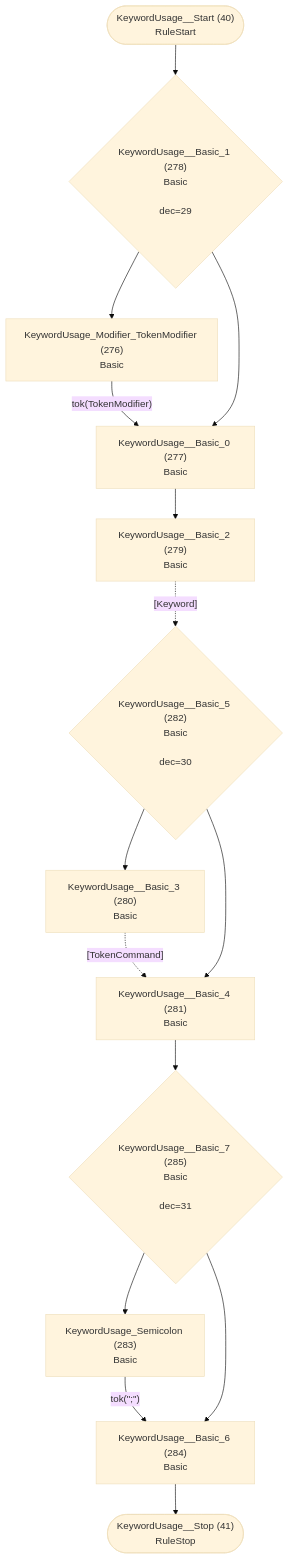
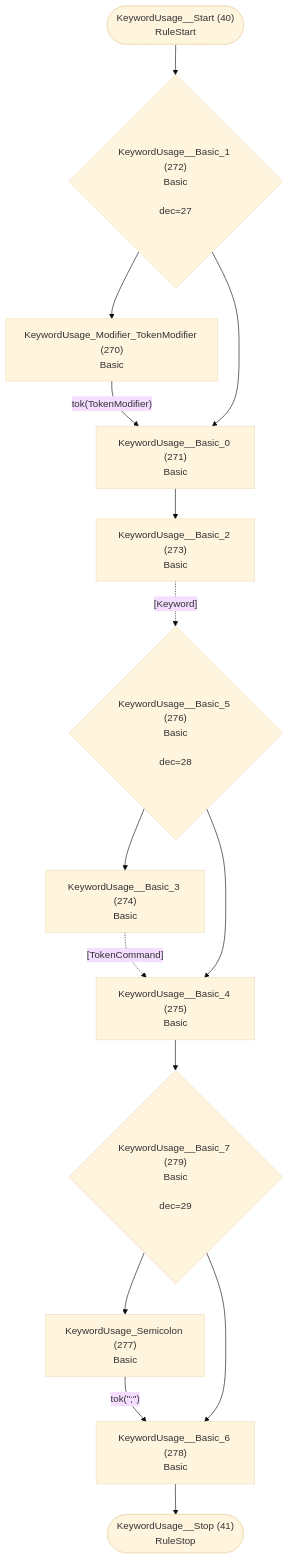
Diagram 21 of 40 in internal/grammar/atn.md (TypeFox/fastbelt), drawn with Mermaid (base theme) before and after one commit. The commit also changed other lines of this file and 12 other files, not shown here.

Commit message:
Removed modifier and command from token group

````diff
--- a/internal/grammar/atn.md
+++ b/internal/grammar/atn.md
@@ -639,30 +625,30 @@
 ```mermaid
 flowchart TD
     q40(["KeywordUsage__Start (40)<br/>RuleStart"])
     q41(["KeywordUsage__Stop (41)<br/>RuleStop"])
-    q276["KeywordUsage_Modifier_TokenModifier (276)<br/>Basic<br/>"]
-    q277["KeywordUsage__Basic_0 (277)<br/>Basic<br/>"]
-    q278{"KeywordUsage__Basic_1 (278)<br/>Basic<br/><br/>dec=29"}
-    q279["KeywordUsage__Basic_2 (279)<br/>Basic<br/>"]
-    q280["KeywordUsage__Basic_3 (280)<br/>Basic<br/>"]
-    q281["KeywordUsage__Basic_4 (281)<br/>Basic<br/>"]
-    q282{"KeywordUsage__Basic_5 (282)<br/>Basic<br/><br/>dec=30"}
-    q283["KeywordUsage_Semicolon (283)<br/>Basic<br/>"]
-    q284["KeywordUsage__Basic_6 (284)<br/>Basic<br/>"]
-    q285{"KeywordUsage__Basic_7 (285)<br/>Basic<br/><br/>dec=31"}
+    q270["KeywordUsage_Modifier_TokenModifier (270)<br/>Basic<br/>"]
+    q271["KeywordUsage__Basic_0 (271)<br/>Basic<br/>"]
+    q272{"KeywordUsage__Basic_1 (272)<br/>Basic<br/><br/>dec=27"}
+    q273["KeywordUsage__Basic_2 (273)<br/>Basic<br/>"]
+    q274["KeywordUsage__Basic_3 (274)<br/>Basic<br/>"]
+    q275["KeywordUsage__Basic_4 (275)<br/>Basic<br/>"]
+    q276{"KeywordUsage__Basic_5 (276)<br/>Basic<br/><br/>dec=28"}
+    q277["KeywordUsage_Semicolon (277)<br/>Basic<br/>"]
+    q278["KeywordUsage__Basic_6 (278)<br/>Basic<br/>"]
+    q279{"KeywordUsage__Basic_7 (279)<br/>Basic<br/><br/>dec=29"}
 
-    q40 --> q278
-    q276 -->|"tok(TokenModifier)"| q277
-    q277 --> q279
-    q278 --> q276
-    q278 --> q277
-    q279 -.->|"[Keyword]"| q282
-    q280 -.->|"[TokenCommand]"| q281
-    q281 --> q285
-    q282 --> q280
-    q282 --> q281
-    q283 -->|"tok(&quot;;&quot;)"| q284
-    q284 --> q41
-    q285 --> q283
-    q285 --> q284
+    q40 --> q272
+    q270 -->|"tok(TokenModifier)"| q271
+    q271 --> q273
+    q272 --> q270
+    q272 --> q271
+    q273 -.->|"[Keyword]"| q276
+    q274 -.->|"[TokenCommand]"| q275
+    q275 --> q279
+    q276 --> q274
+    q276 --> q275
+    q277 -->|"tok(&quot;;&quot;)"| q278
+    q278 --> q41
+    q279 --> q277
+    q279 --> q278
 ```
````
